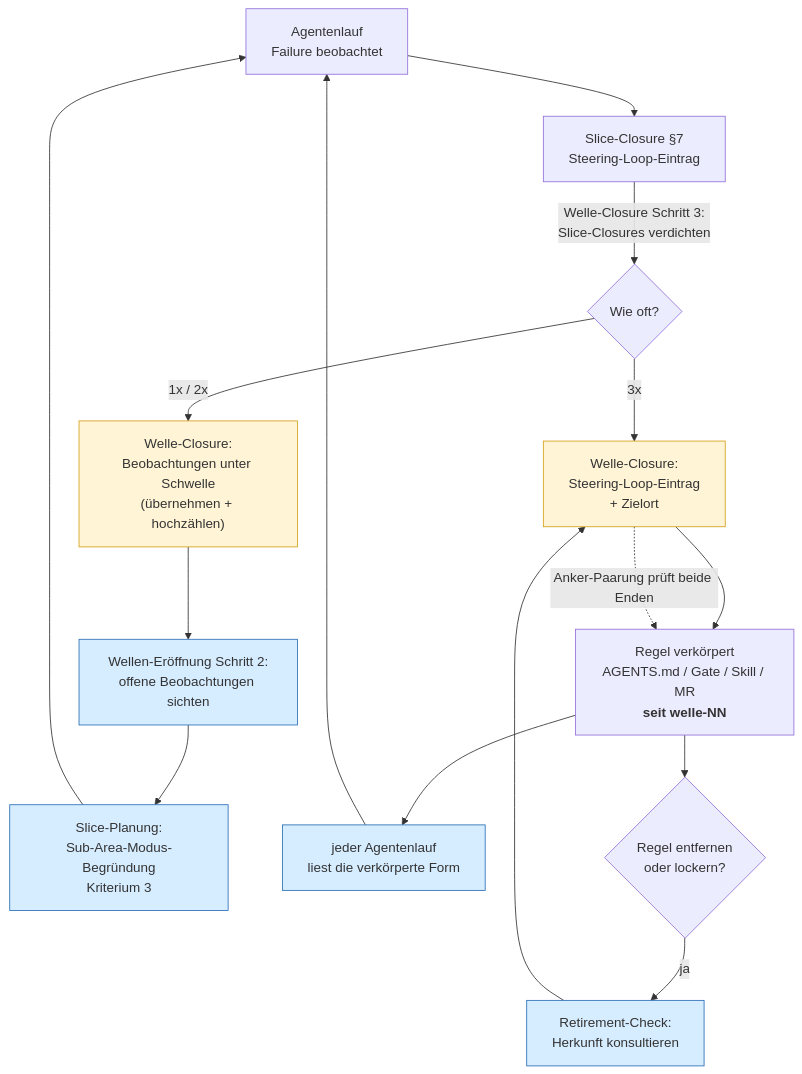
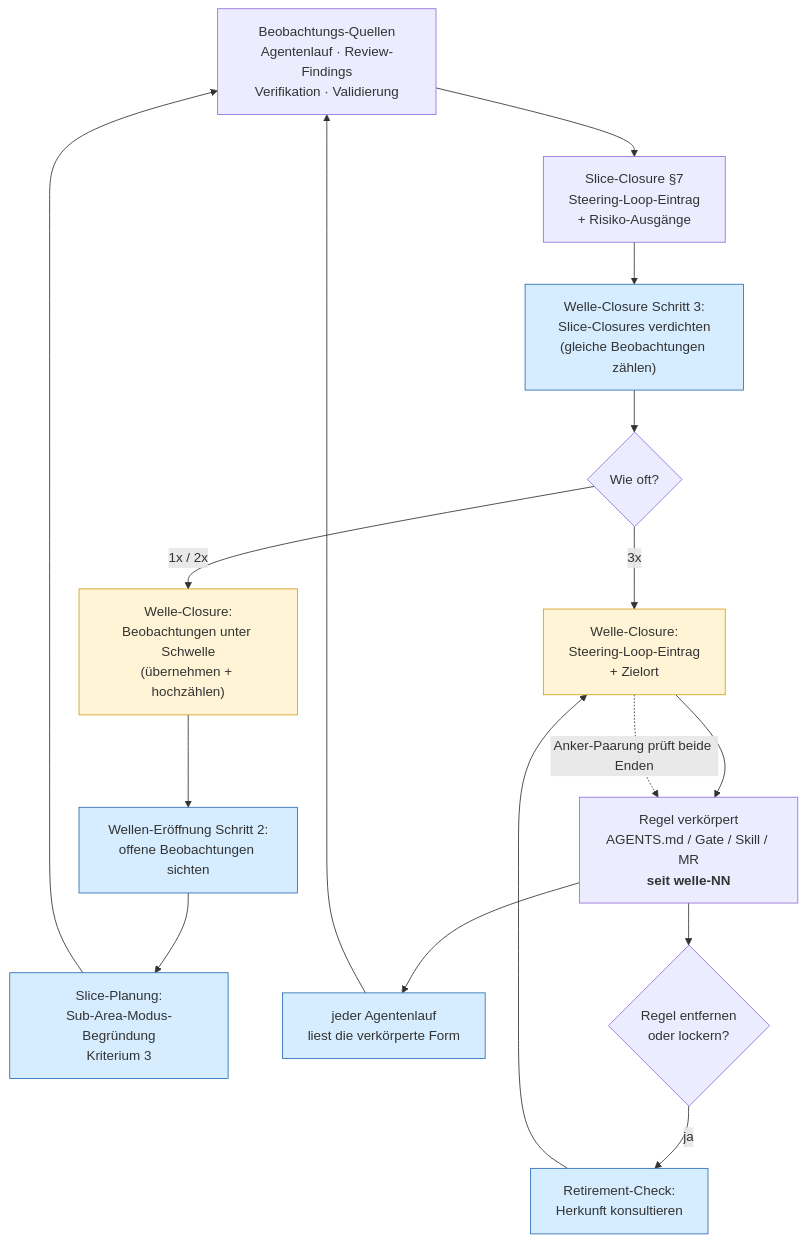
Before and after one commit to pt9912/ai-harness-course: the fourth of 4 diagrams in kurs/de/grundlagen/konventionen.md, drawn with Mermaid.

Commit message:
docs(konventionen): Beobachtungs-Quellen und Verdichtungs-Schritt im Graphen sichtbar
Zwei Lücken im Konsumenten-Fluss, beide auf Nachfrage gefunden:

1. Der Verdichtungs-Schritt (Welle-Closure Schritt 3, Welle 41) war nur eine
   EDGE-BESCHRIFTUNG. Der Graph unterscheidet aber gelb (wird geschrieben) von
   blau (liest) auf Knoten-Ebene — ein Lese-Schritt als Kantenlabel entzieht
   sich genau der Prüffrage, für die der Graph gebaut wurde. Jetzt eigener
   blauer Knoten.

2. Die Beobachtung kam im Graphen nur aus „Agentenlauf". Real speisen auch
   Review-Findings, Verifikation und Validierung den Loop — Modul 10 §Pflege
   sagt ausdrücklich „bei dreimaligem gleichem Finding Klassifikation
   schärfen". Der Startknoten heißt jetzt Beobachtungs-Quellen und nennt alle
   vier.

Der Slice-Closure-Knoten trägt zusätzlich die Risiko-Ausgänge aus Welle 40 —
auch sie sind eine Quelle für die Beobachtungen unter Schwelle.

make check grün (d-check 159 Dateien 0 Befunde, docs 0/0, alignment 0 WARN).

````diff
--- a/kurs/de/grundlagen/konventionen.md
+++ b/kurs/de/grundlagen/konventionen.md
@@ -795,26 +795,28 @@
 ```mermaid
 flowchart TB
-    A["Agentenlauf<br/>Failure beobachtet"] --> B["Slice-Closure §7<br/>Steering-Loop-Eintrag"]
-    B -- "Welle-Closure Schritt 3:<br/>Slice-Closures verdichten" --> C{"Wie oft?"}
+    A["Beobachtungs-Quellen<br/>Agentenlauf · Review-Findings<br/>Verifikation · Validierung"] --> B["Slice-Closure §7<br/>Steering-Loop-Eintrag<br/>+ Risiko-Ausgänge"]
+    B --> V["Welle-Closure Schritt 3:<br/>Slice-Closures verdichten<br/>(gleiche Beobachtungen zählen)"]
+    V --> C{"Wie oft?"}
     C -- "1x / 2x" --> D["Welle-Closure:<br/>Beobachtungen unter Schwelle<br/>(übernehmen + hochzählen)"]
     C -- "3x" --> E["Welle-Closure:<br/>Steering-Loop-Eintrag<br/>+ Zielort"]
 
     D --> F["Wellen-Eröffnung Schritt 2:<br/>offene Beobachtungen sichten"]
     F --> G["Slice-Planung:<br/>Sub-Area-Modus-Begründung<br/>Kriterium 3"]
     G --> A
 
     E --> H["Regel verkörpert<br/>AGENTS.md / Gate / Skill / MR<br/><b>seit welle-NN</b>"]
     H --> I["jeder Agentenlauf<br/>liest die verkörperte Form"]
     I --> A
     E -. "Anker-Paarung prüft beide Enden" .-> H
     H --> J{"Regel entfernen<br/>oder lockern?"}
     J -- "ja" --> K["Retirement-Check:<br/>Herkunft konsultieren"]
     K --> E
 
+    style V fill:#d6ecff,stroke:#2a6fb5
     style D fill:#fff4d6,stroke:#d4a017
     style E fill:#fff4d6,stroke:#d4a017
     style F fill:#d6ecff,stroke:#2a6fb5
     style G fill:#d6ecff,stroke:#2a6fb5
     style I fill:#d6ecff,stroke:#2a6fb5
     style K fill:#d6ecff,stroke:#2a6fb5
 ```
````
